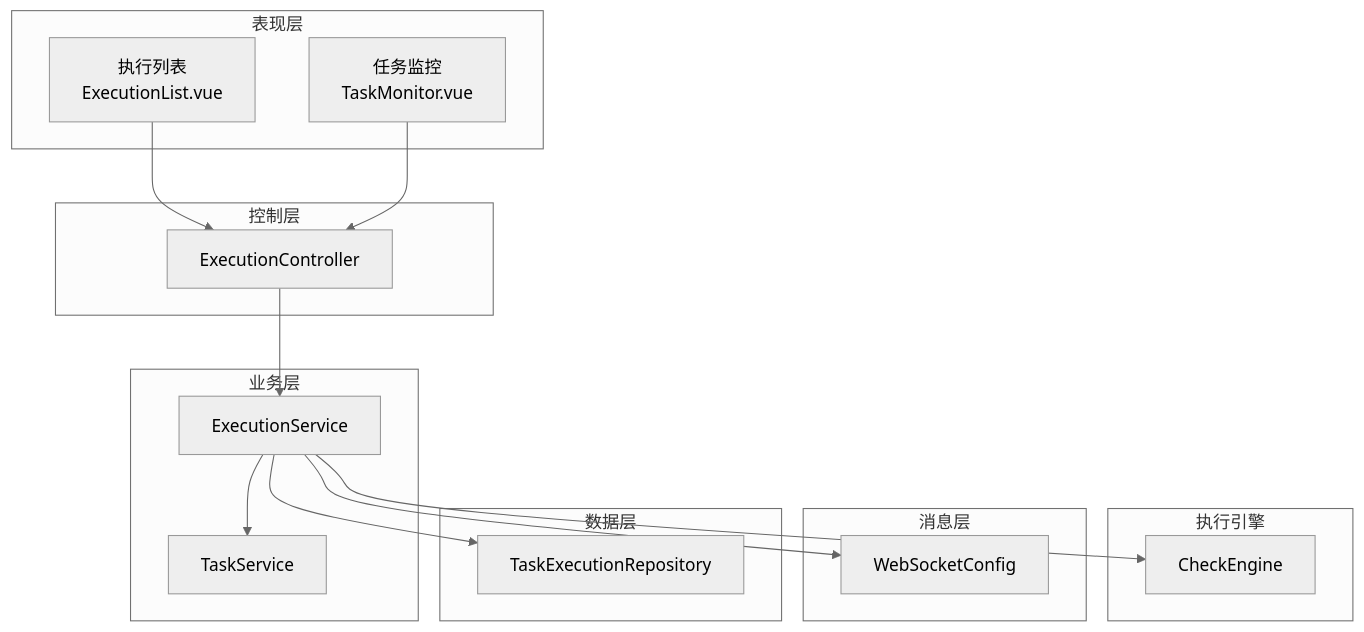
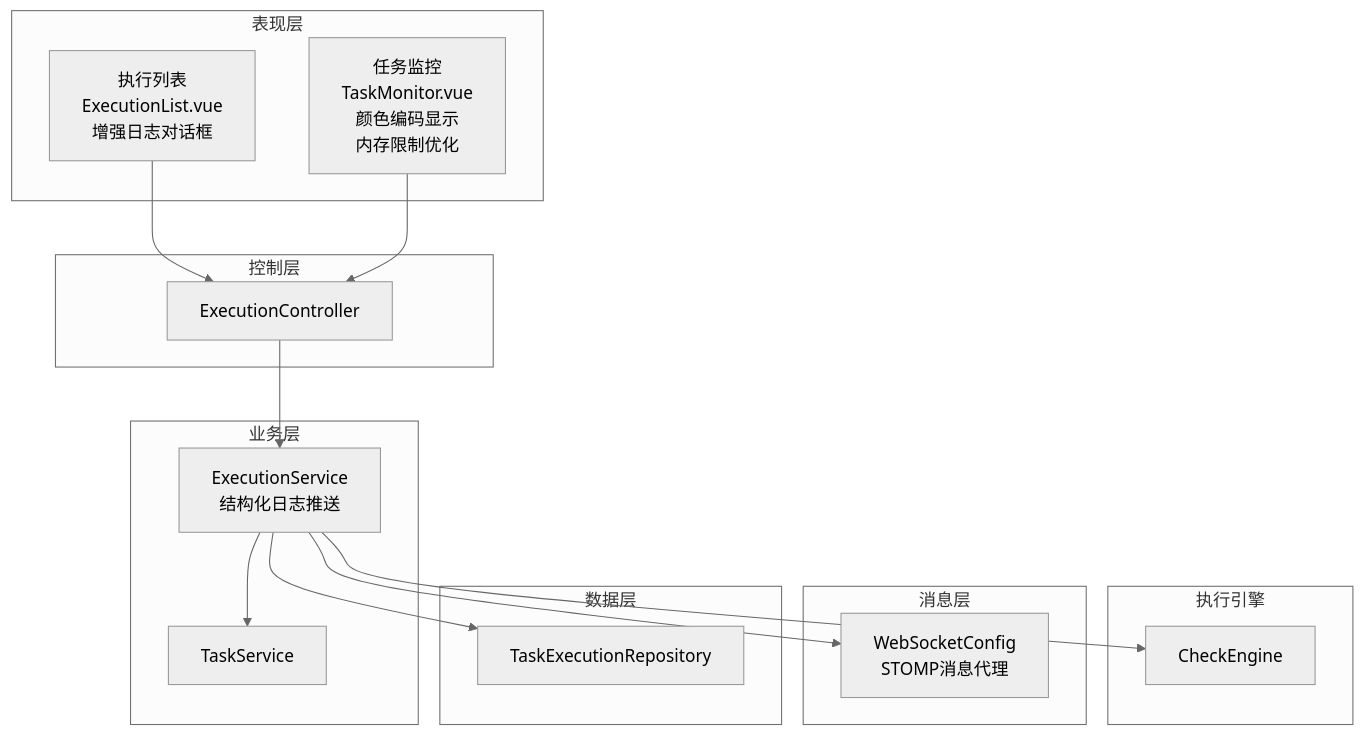
Before and after one commit to zzjxmy/mysql-risk-filed-check: the second of 6 diagrams in .qoder/repowiki/zh/content/核心功能模块/执行监控系统.md, drawn with Mermaid (neutral theme). The commit also changed other lines of this file and 6 other files, not shown here.

````diff
--- a/.qoder/repowiki/zh/content/核心功能模块/执行监控系统.md
+++ b/.qoder/repowiki/zh/content/核心功能模块/执行监控系统.md
@@ -101,30 +113,30 @@
 ```mermaid
 graph TB
 subgraph "表现层"
-EL["执行列表<br/>ExecutionList.vue"]
-TM["任务监控<br/>TaskMonitor.vue"]
+EL["执行列表<br/>ExecutionList.vue<br/>增强日志对话框"]
+TM["任务监控<br/>TaskMonitor.vue<br/>颜色编码显示<br/>内存限制优化"]
 end
 subgraph "控制层"
 EC["ExecutionController"]
 end
 subgraph "业务层"
-ES["ExecutionService"]
+ES["ExecutionService<br/>结构化日志推送"]
 TSVC["TaskService"]
 end
 subgraph "执行引擎"
 CE["CheckEngine"]
 end
 subgraph "消息层"
-WSC["WebSocketConfig"]
+WSC["WebSocketConfig<br/>STOMP消息代理"]
 end
 subgraph "数据层"
 TER["TaskExecutionRepository"]
 end
 EL --> EC
 TM --> EC
 EC --> ES
 ES --> CE
 ES --> WSC
 ES --> TER
 ES --> TSVC
 ```
````
